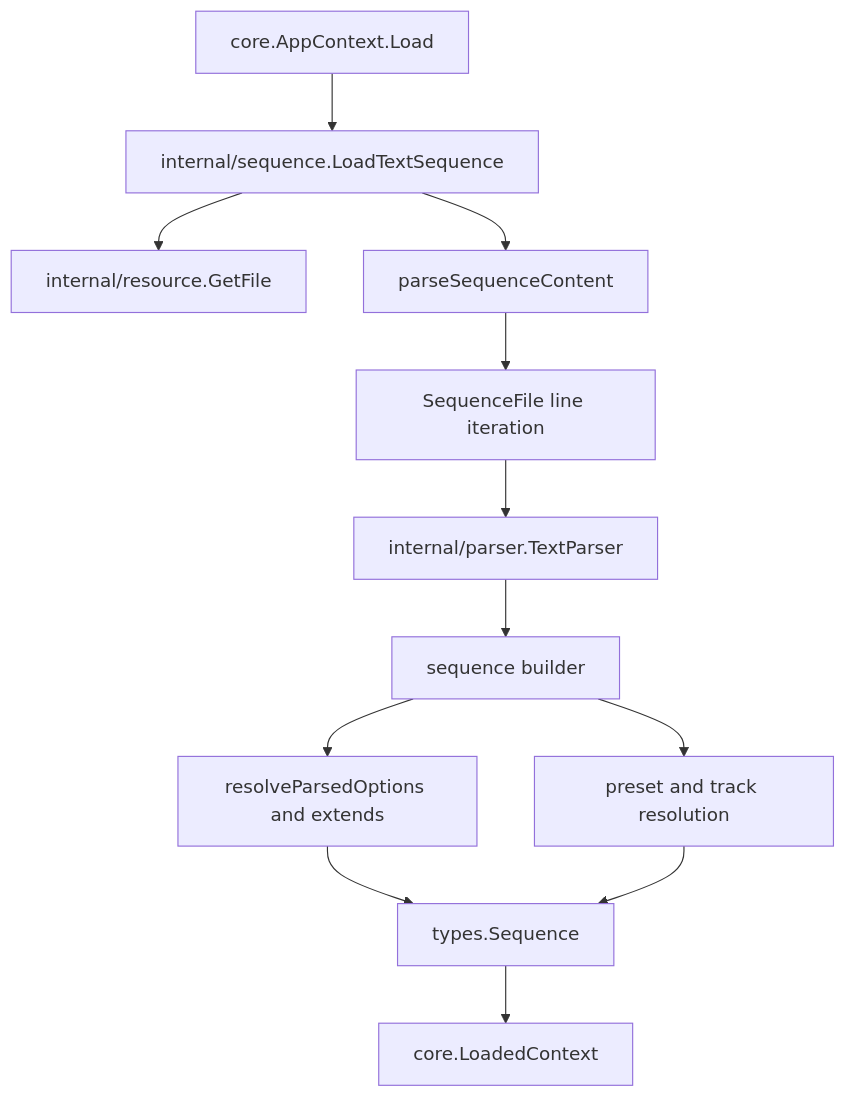
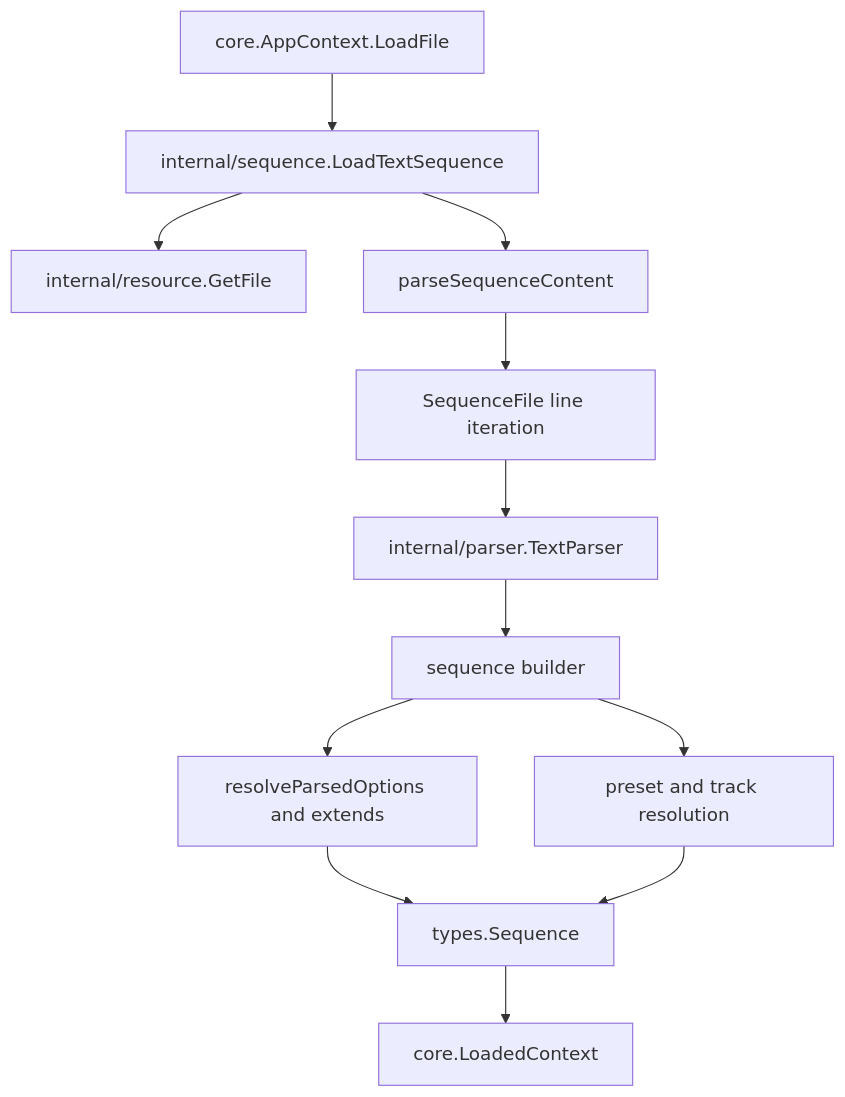
Before and after one commit to synapseq-foundation/synapseq: the third of 5 diagrams in docs/ARCHITECTURE.md, drawn with Mermaid. The commit also changed other lines of this file and 11 other files, not shown here.

````diff
--- a/docs/ARCHITECTURE.md
+++ b/docs/ARCHITECTURE.md
@@ -232,14 +232,14 @@
 ```mermaid
 flowchart TD
-	Load[core.AppContext.Load] --> LoadText[internal/sequence.LoadTextSequence]
+	LoadFile[core.AppContext.LoadFile] --> LoadText[internal/sequence.LoadTextSequence]
 	LoadText --> Resource[internal/resource.GetFile]
 	LoadText --> ParseContent[parseSequenceContent]
 	ParseContent --> File[SequenceFile line iteration]
 	File --> Parser[internal/parser.TextParser]
 	Parser --> Builder[sequence builder]
 	Builder --> ResolveOptions[resolveParsedOptions and extends]
 	Builder --> ResolvePresets[preset and track resolution]
 	ResolveOptions --> Sequence[types.Sequence]
 	ResolvePresets --> Sequence
 	Sequence --> Loaded[core.LoadedContext]
 ```
````
